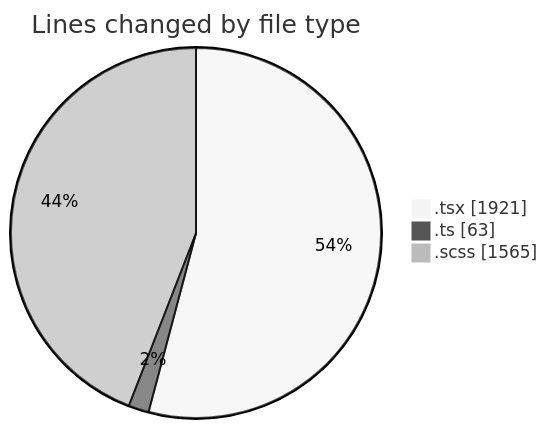
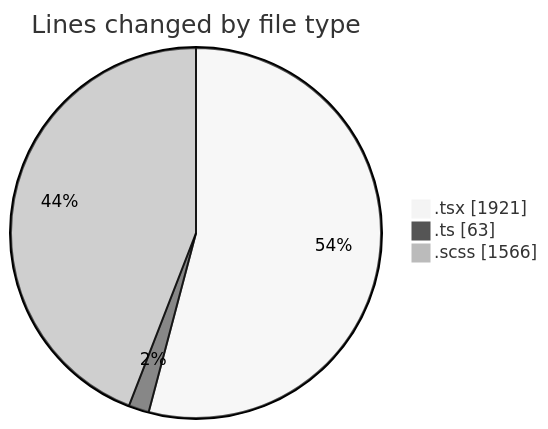
Before and after one commit to momahboobian/code-tracking: the first of 2 diagrams in 2025-04-02/cda/README.md, drawn with Mermaid (neutral theme). The commit also changed other lines of this file and 1 other file, not shown here.

````diff
--- a/2025-04-02/cda/README.md
+++ b/2025-04-02/cda/README.md
@@ -30,7 +30,7 @@
 ```mermaid
 pie showData
 title Lines changed by file type
 ".tsx" : 1921
 ".ts" : 63
-".scss" : 1565
+".scss" : 1566
 ```
````
